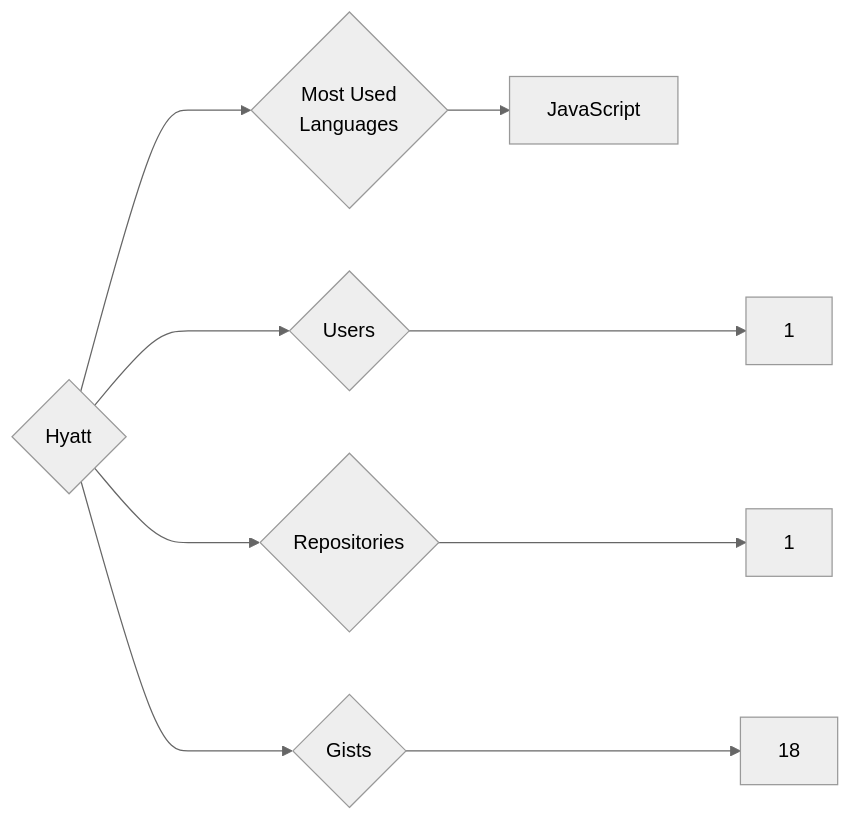
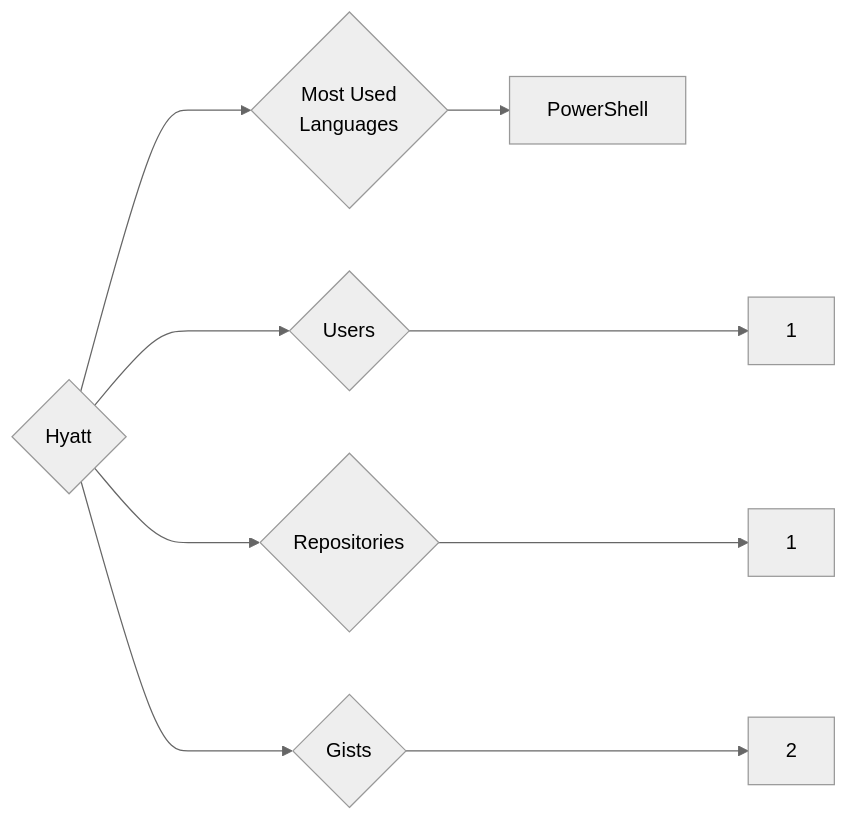
Before and after one commit to trickest/insiders: the diagram in targets/Hyatt/README.md, drawn with Mermaid (neutral theme). The commit also changed 938 other files, not shown here.

````diff
--- a/targets/Hyatt/README.md
+++ b/targets/Hyatt/README.md
@@ -3,9 +3,9 @@
 ```mermaid
 graph LR
 COMPANY_NAME{Hyatt}
 COMPANY_NAME ---> U{Users} ---> UN[1]
 COMPANY_NAME ---> R{Repositories} ---> RN[1]
-COMPANY_NAME ---> G{Gists} ---> GN[18]
+COMPANY_NAME ---> G{Gists} ---> GN[2]
 COMPANY_NAME ---> ML{Most Used<br>Languages}
-ML --> JavaScript[JavaScript]
+ML --> PowerShell[PowerShell]
 ```
````
